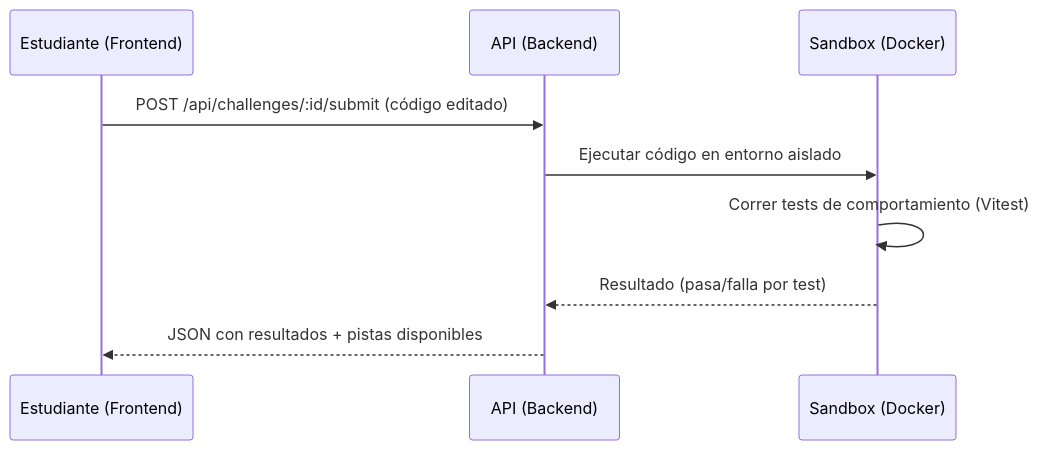
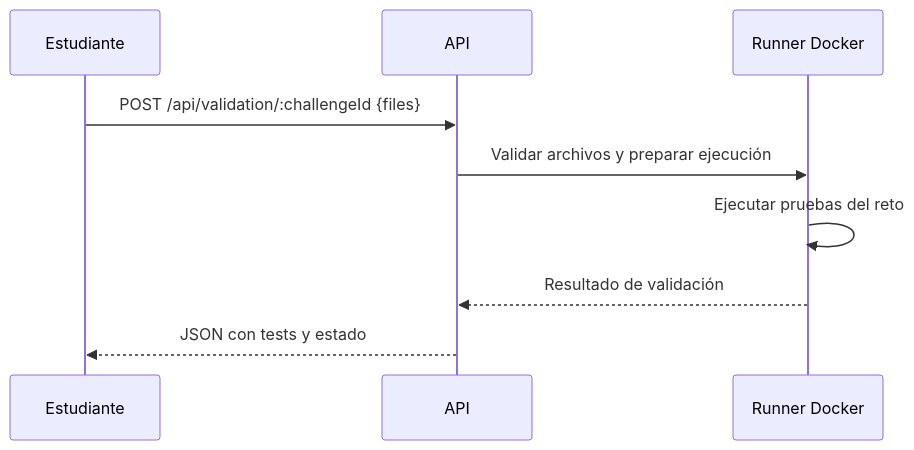
Before and after one commit to AstronomicalDeveloper/BugLab: the second of 2 diagrams in docs/architecture.md, drawn with Mermaid. The commit also changed other lines of this file, not shown here.

Commit message:
docs: update docs/architecture.md for retired hackathon MVP

````diff
--- a/docs/architecture.md
+++ b/docs/architecture.md
@@ -59,12 +31,11 @@
 ```mermaid
 sequenceDiagram
-    participant E as Estudiante (Frontend)
-    participant A as API (Backend)
-    participant S as Sandbox (Docker)
-
-    E->>A: POST /api/challenges/:id/submit (código editado)
-    A->>S: Ejecutar código en entorno aislado
-    S->>S: Correr tests de comportamiento (Vitest)
-    S-->>A: Resultado (pasa/falla por test)
-    A-->>E: JSON con resultados + pistas disponibles
+    participant E as Estudiante
+    participant A as API
+    participant R as Runner Docker
+    E->>A: POST /api/validation/:challengeId {files}
+    A->>R: Validar archivos y preparar ejecución
+    R->>R: Ejecutar pruebas del reto
+    R-->>A: Resultado de validación
+    A-->>E: JSON con tests y estado
 ```
````
